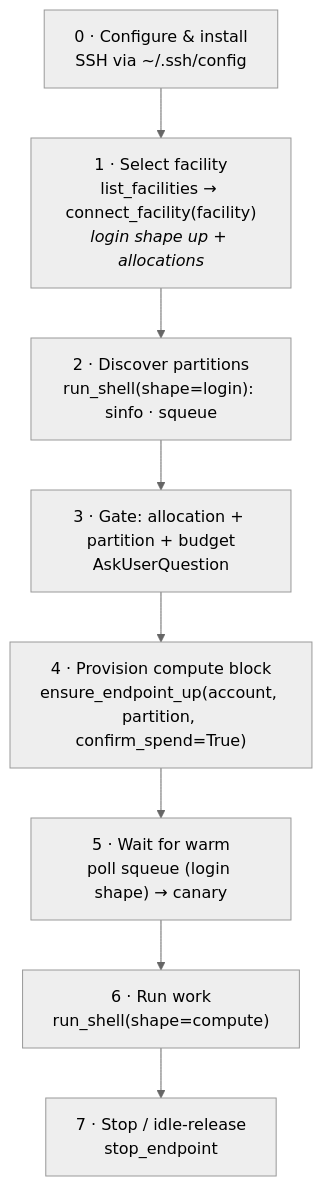
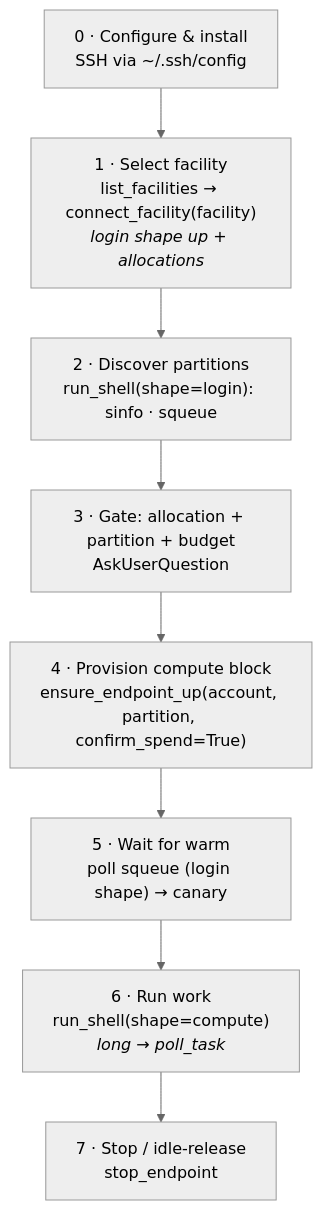
Before and after one commit to ryanchard/hpc-bridge: the diagram in docs/hpc-bridge-vault/Happy path.md, drawn with Mermaid (neutral theme). The commit also changed other lines of this file and 18 other files, not shown here.

````diff
--- a/docs/hpc-bridge-vault/Happy path.md
+++ b/docs/hpc-bridge-vault/Happy path.md
@@ -8,10 +8,10 @@
 ```mermaid
 flowchart TD
   C["0 · Configure & install<br/>SSH via ~/.ssh/config"] --> L["1 · Select facility<br/>list_facilities → connect_facility(facility)<br/><i>login shape up + allocations</i>"]
   L --> D["2 · Discover partitions<br/>run_shell(shape=login): sinfo · squeue"]
   D --> G["3 · Gate: allocation + partition + budget<br/>AskUserQuestion"]
   G --> P["4 · Provision compute block<br/>ensure_endpoint_up(account, partition, confirm_spend=True)"]
   P --> W["5 · Wait for warm<br/>poll squeue (login shape) → canary"]
-  W --> R["6 · Run work<br/>run_shell(shape=compute)"]
+  W --> R["6 · Run work<br/>run_shell(shape=compute)<br/><i>long → poll_task</i>"]
   R --> S["7 · Stop / idle-release<br/>stop_endpoint"]
 ```
````
